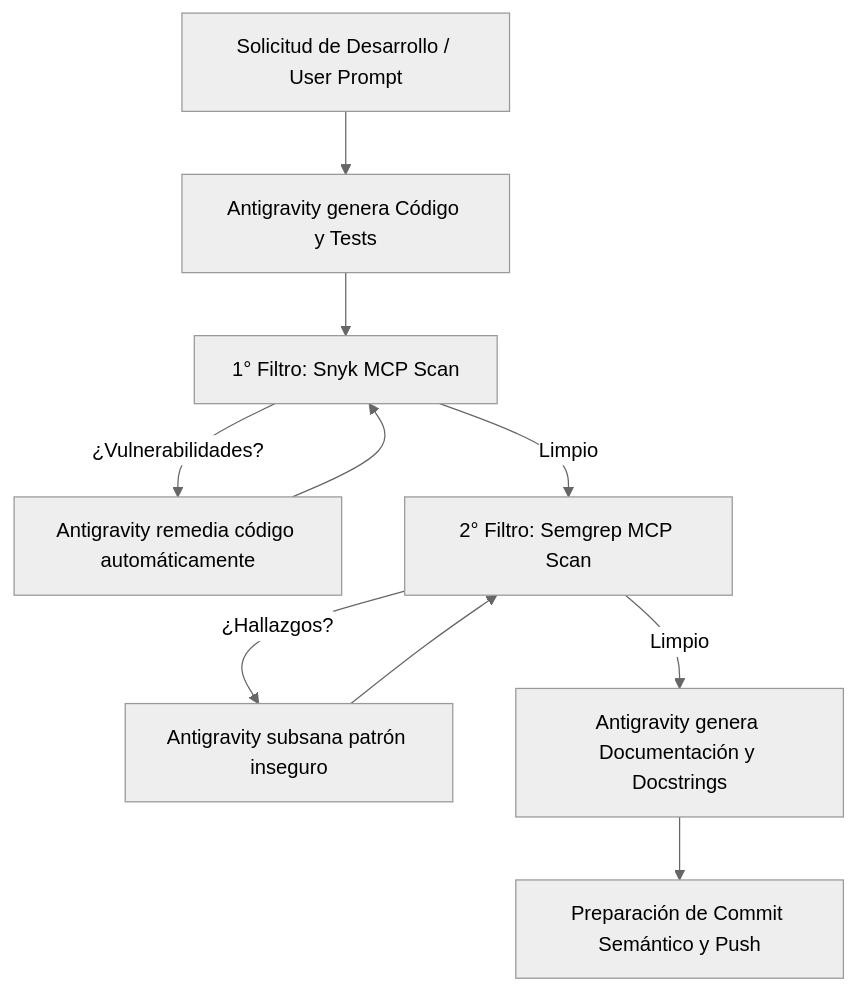
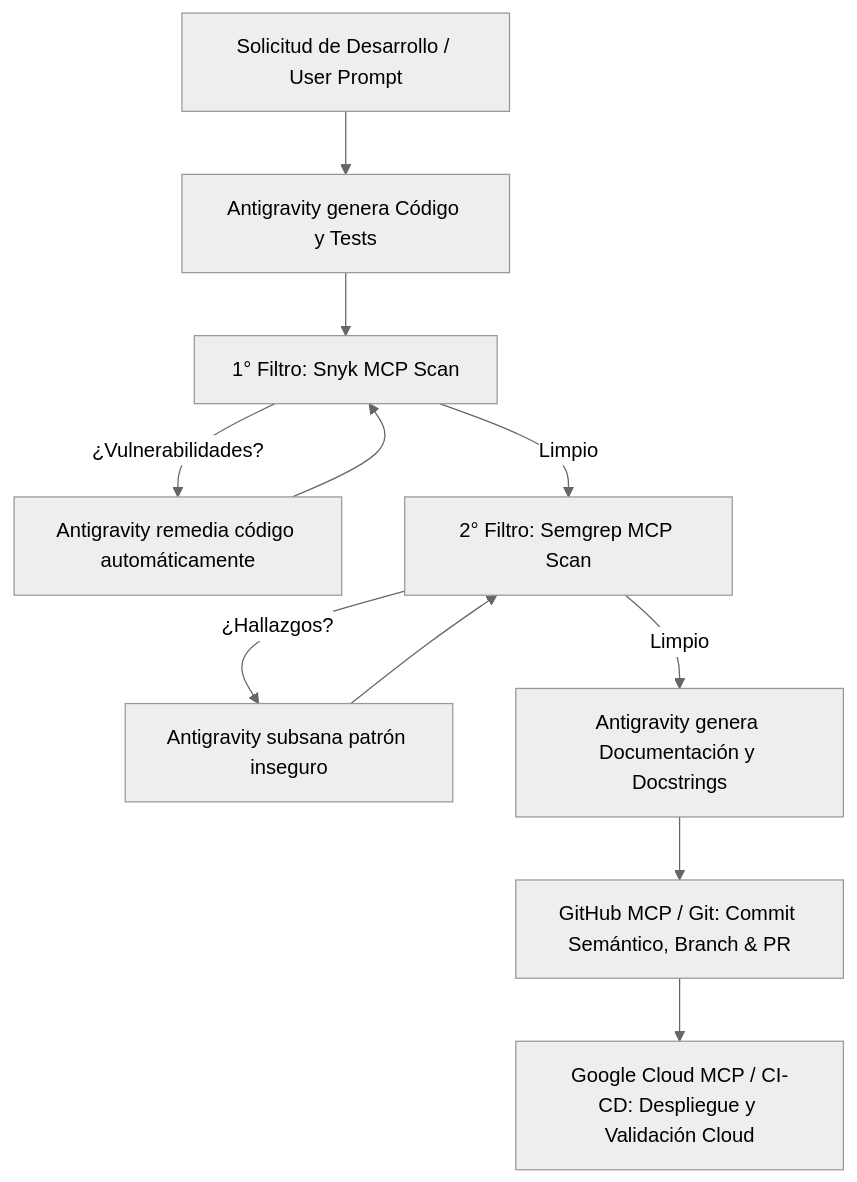
One commit to 80Olcalvo/devsecops-framework changed the diagram in docs/02-antigravity-mcp-setup.md. Above: the diagram before and after it, drawn with Mermaid (neutral theme). The commit also changed other lines of this file and 3 other files, not shown here.

Commit message:
feat(mcp): agregar servidores MCP de GitHub y Google Cloud al template y documentacion

````diff
--- a/docs/02-antigravity-mcp-setup.md
+++ b/docs/02-antigravity-mcp-setup.md
@@ -80,12 +110,13 @@
 ```mermaid
 flowchart TD
     A[Solicitud de Desarrollo / User Prompt] --> B[Antigravity genera Código y Tests]
     B --> C[1° Filtro: Snyk MCP Scan]
     C -->|¿Vulnerabilidades?| D[Antigravity remedia código automáticamente]
     D --> C
     C -->|Limpio| E[2° Filtro: Semgrep MCP Scan]
     E -->|¿Hallazgos?| F[Antigravity subsana patrón inseguro]
     F --> E
     E -->|Limpio| G[Antigravity genera Documentación y Docstrings]
-    G --> H[Preparación de Commit Semántico y Push]
+    G --> H[GitHub MCP / Git: Commit Semántico, Branch & PR]
+    H --> I[Google Cloud MCP / CI-CD: Despliegue y Validación Cloud]
 ```
````
